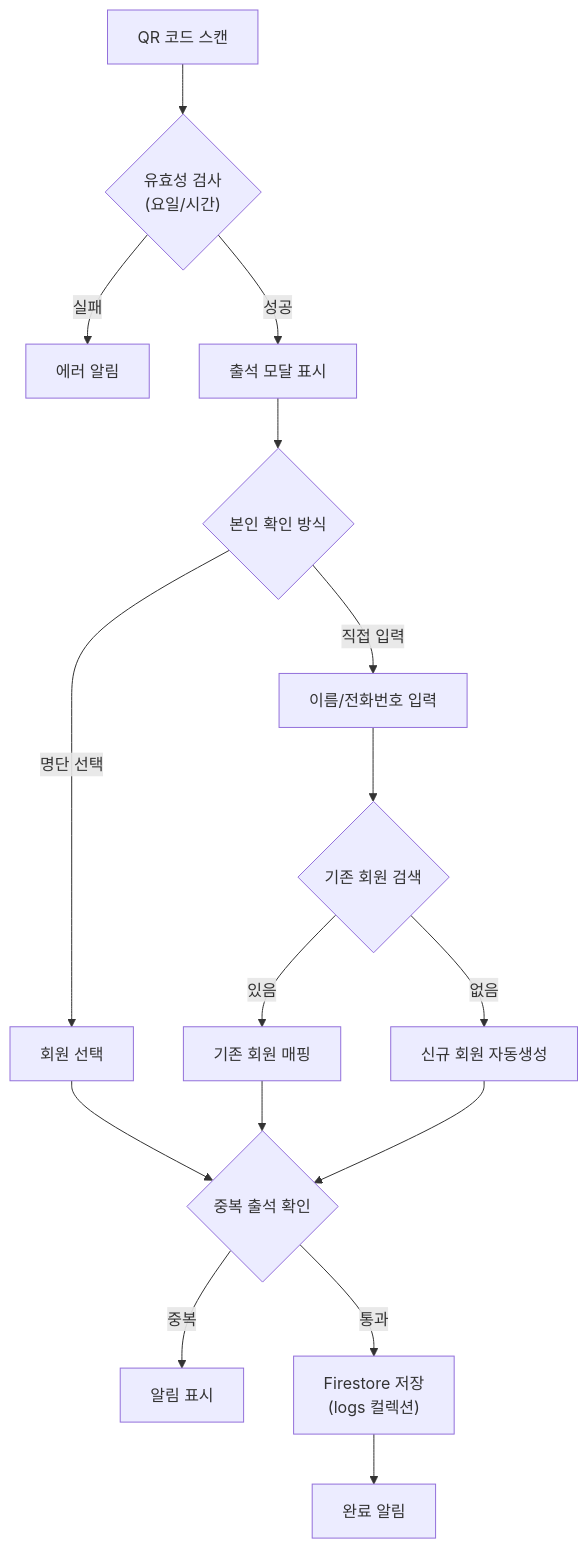
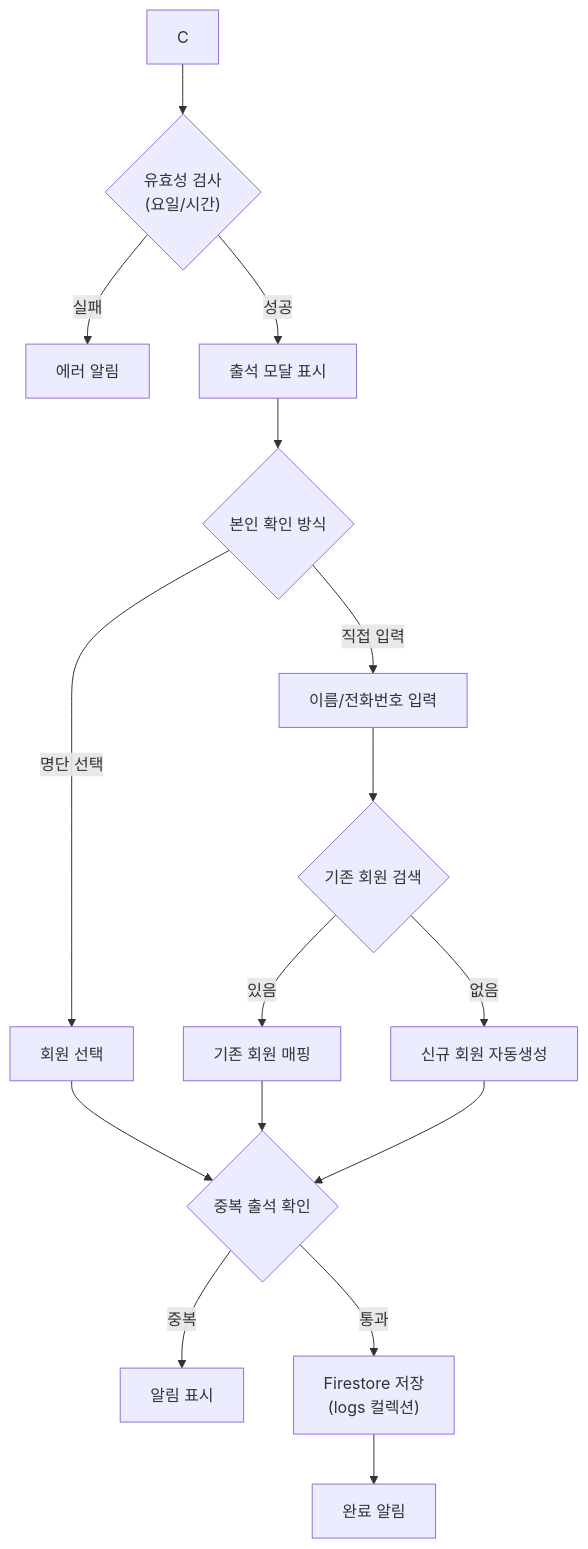
Before and after one commit to yn55m6/attendance-app-v5: the second of 3 diagrams in README.md, drawn with Mermaid. The commit also changed other lines of this file and 1 other file, not shown here.

````diff
--- a/README.md
+++ b/README.md
@@ -76,18 +94,18 @@
 ```mermaid
 graph TD
-    A[QR 코드 스캔] --> B{"유효성 검사<br/>(요일/시간)"}
+    A[C] --> B{"유효성 검사<br/>(요일/시간)"}
     B -- 실패 --> C[에러 알림]
     B -- 성공 --> D[출석 모달 표시]
     D --> E{본인 확인 방식}
     E -- 명단 선택 --> F[회원 선택]
     E -- 직접 입력 --> G["이름/전화번호 입력"]
     G --> H{기존 회원 검색}
     H -- 있음 --> I[기존 회원 매핑]
     H -- 없음 --> J[신규 회원 자동생성]
     F --> K{중복 출석 확인}
     I --> K
     J --> K
     K -- 중복 --> L[알림 표시]
     K -- 통과 --> M["Firestore 저장<br/>(logs 컬렉션)"]
     M --> N[완료 알림]
 ```
````
